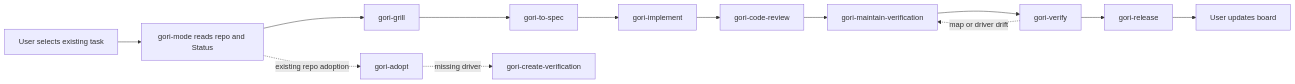
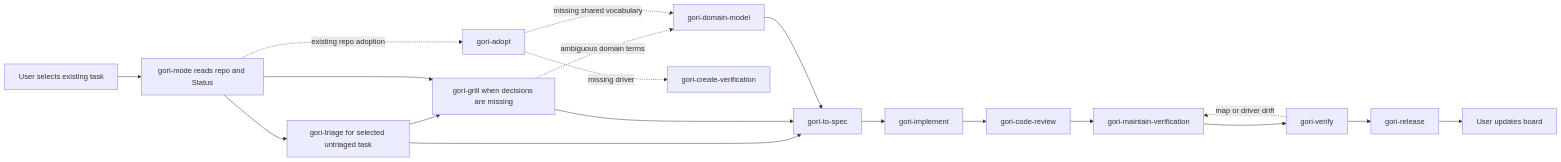
The diagram in README.md (peregori/gori-skills), drawn with Mermaid before and after one commit. The commit also changed other lines of this file and 10 other files, not shown here.

Commit message:
Clarify existing-project adoption and selected-task intake

````diff
--- a/README.md
+++ b/README.md
@@ -7,15 +7,21 @@
 ```mermaid
 flowchart LR
     A[User selects existing task] --> B[gori-mode reads repo and Status]
-    B --> C[gori-grill]
+    B --> T[gori-triage for selected untriaged task]
+    T --> C[gori-grill when decisions are missing]
+    T --> D
+    B --> C
     C --> D[gori-to-spec]
+    C -. ambiguous domain terms .-> M[gori-domain-model]
+    M --> D
     D --> E[gori-implement]
     E --> F[gori-code-review]
     F --> L[gori-maintain-verification]
     L --> G[gori-verify]
     G --> H[gori-release]
     H --> I[User updates board]
     B -. existing repo adoption .-> J[gori-adopt]
+    J -. missing shared vocabulary .-> M
     J -. missing driver .-> K[gori-create-verification]
     G -. map or driver drift .-> L
 ```
````
